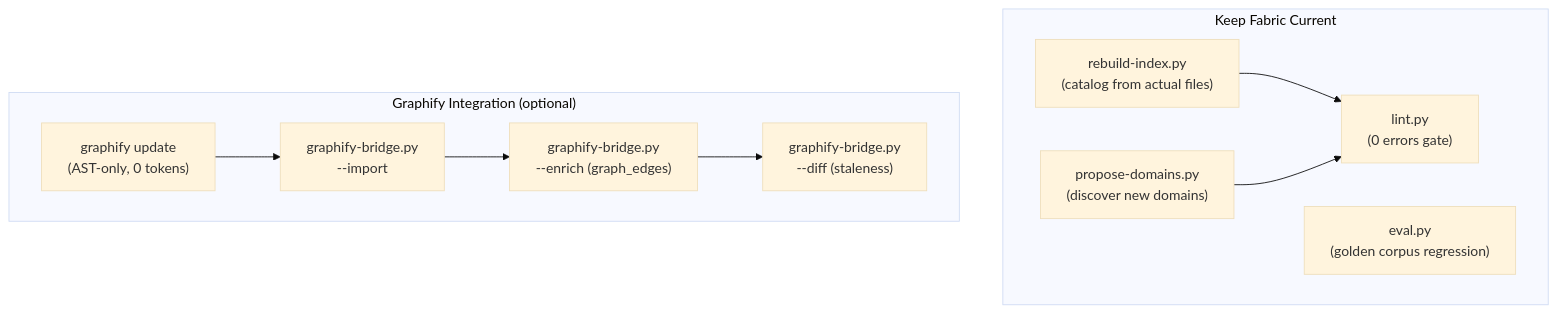
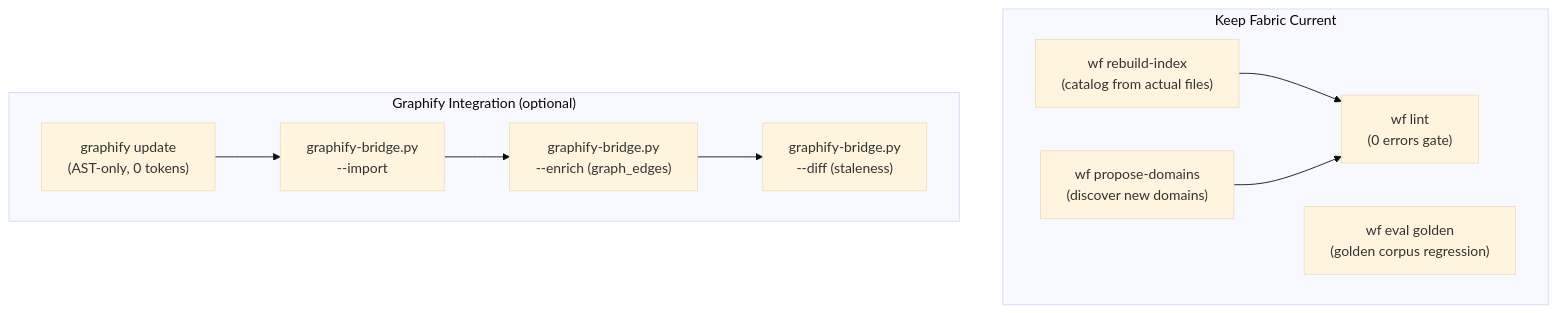
One commit to hybridindie/wiki-fabric changed the sixth of 8 diagrams in docs/site/core-workflows.md. Above: the diagram before and after it, drawn with Mermaid (base theme). The commit also changed other lines of this file and 12 other files, not shown here.

Commit message:
verbs everywhere: agent-facing SKILL.md files (system/ + .opencode/ copies), core-workflows diagrams, machine-contract/cli/evals/how-sync/how-corpus/skills/config prose → wf verbs; CONTRIBUTING dev self-check via the verb

````diff
--- a/docs/site/core-workflows.md
+++ b/docs/site/core-workflows.md
@@ -317,20 +317,20 @@
 ```mermaid
 flowchart TD
     subgraph "Keep Fabric Current"
-        RI["rebuild-index.py<br/>(catalog from actual files)"]
-        LINT["lint.py<br/>(0 errors gate)"]
-        EVAL["eval.py<br/>(golden corpus regression)"]
-        PD2["propose-domains.py<br/>(discover new domains)"]
+        RI["wf rebuild-index<br/>(catalog from actual files)"]
+        LINT["wf lint<br/>(0 errors gate)"]
+        EVAL["wf eval golden<br/>(golden corpus regression)"]
+        PD2["wf propose-domains<br/>(discover new domains)"]
     end
 
     subgraph "Graphify Integration (optional)"
         GU["graphify update<br/>(AST-only, 0 tokens)"]
         GI["graphify-bridge.py<br/>--import"]
         GE["graphify-bridge.py<br/>--enrich (graph_edges)"]
         GD["graphify-bridge.py<br/>--diff (staleness)"]
     end
 
     GU --> GI --> GE --> GD
     RI --> LINT
     PD2 --> LINT
 ```
````
